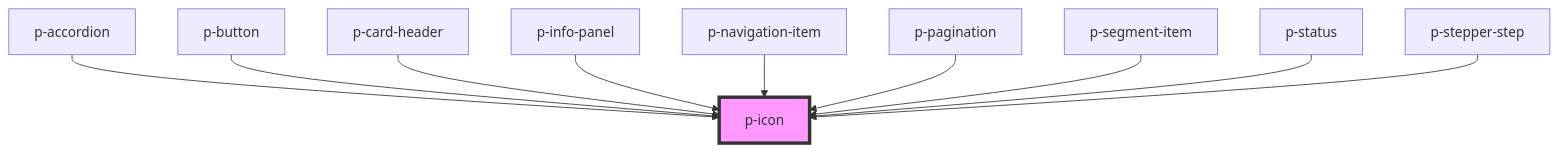
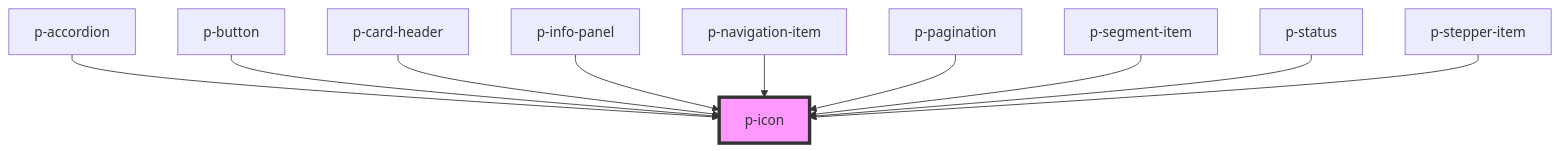
One commit to Employes/paperless changed the diagram in packages/core/src/components/atoms/icon/readme.md. Above: the diagram before and after it, drawn with Mermaid. The commit also changed other lines of this file and 15 other files, not shown here.

Commit message:
feat(Atoms/Stepper-Item): Rename stepper step to stepper item

````diff
--- a/packages/core/src/components/atoms/icon/readme.md
+++ b/packages/core/src/components/atoms/icon/readme.md
@@ -37,13 +37,13 @@
 ```mermaid
 graph TD;
   p-accordion --> p-icon
   p-button --> p-icon
   p-card-header --> p-icon
   p-info-panel --> p-icon
   p-navigation-item --> p-icon
   p-pagination --> p-icon
   p-segment-item --> p-icon
   p-status --> p-icon
-  p-stepper-step --> p-icon
+  p-stepper-item --> p-icon
   style p-icon fill:#f9f,stroke:#333,stroke-width:4px
 ```
````
